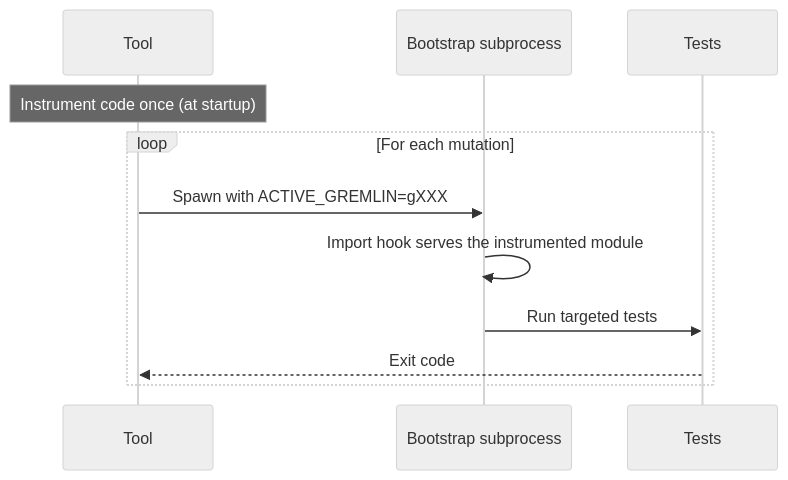
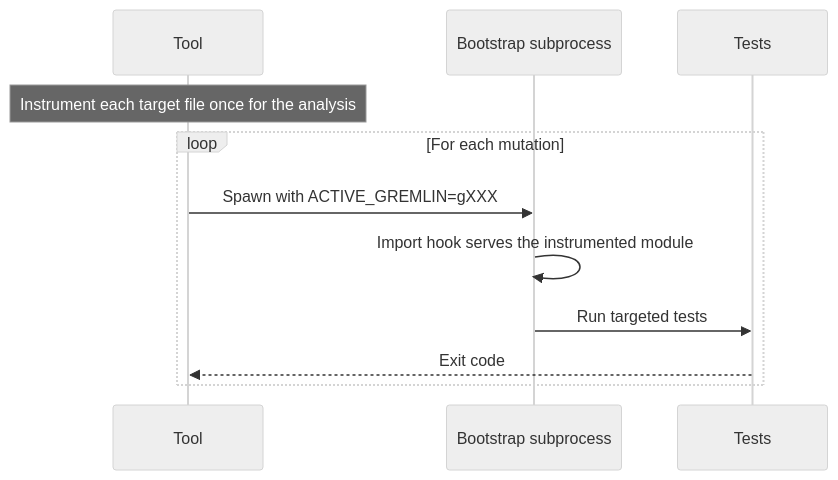
Before and after one commit to Dodothereal/pytest-gremlins: the second of 3 diagrams in docs/architecture/mutation-switching.md, drawn with Mermaid (neutral theme). The commit also changed other lines of this file, not shown here.

First line of the commit message:
docs(architecture): align mutation switching speed claims

````diff
--- a/docs/architecture/mutation-switching.md
+++ b/docs/architecture/mutation-switching.md
@@ -89,15 +90,15 @@
 ```mermaid
 sequenceDiagram
     participant Tool
     participant Subprocess as Bootstrap subprocess
     participant Tests
 
-    Note over Tool: Instrument code once (at startup)
+    Note over Tool: Instrument each target file once for the analysis
 
     loop For each mutation
         Tool->>Subprocess: Spawn with ACTIVE_GREMLIN=gXXX
         Subprocess->>Subprocess: Import hook serves the instrumented module
         Subprocess->>Tests: Run targeted tests
         Tests-->>Tool: Exit code
     end
 ```
````
